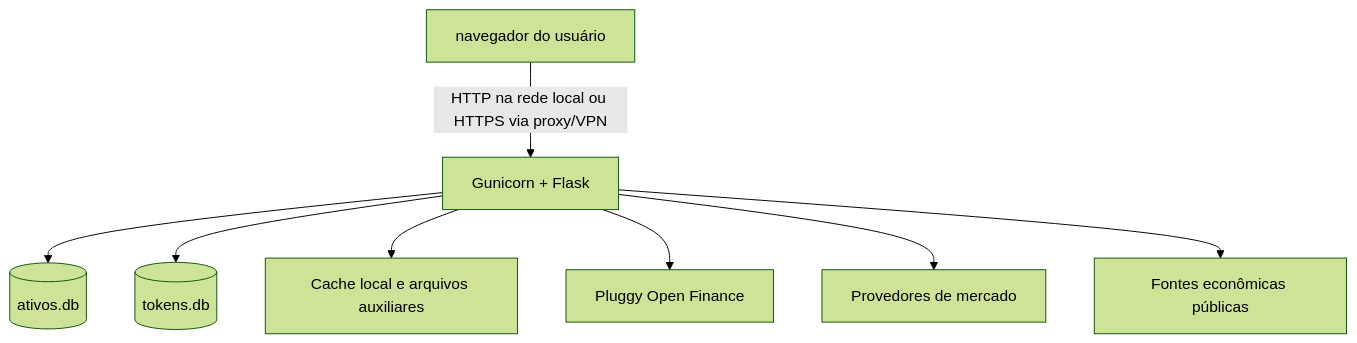
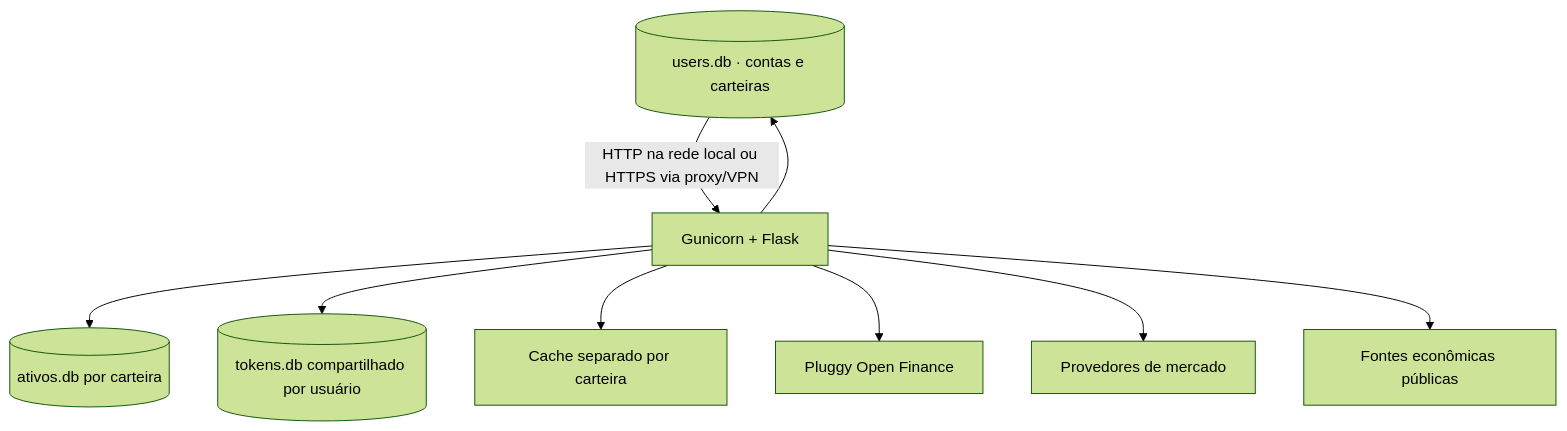
One commit to L0nker/lonely-wallet changed the diagram in README.md. Above: the diagram before and after it, drawn with Mermaid (forest theme). The commit also changed other lines of this file and 14 other files, not shown here.

````diff
--- a/README.md
+++ b/README.md
@@ -150,10 +166,11 @@
 ```mermaid
 flowchart TD
     U[ navegador do usuário ] -->|HTTP na rede local ou HTTPS via proxy/VPN| W[Gunicorn + Flask]
-    W --> A[(ativos.db)]
-    W --> T[(tokens.db)]
-    W --> C[Cache local e arquivos auxiliares]
+    W --> U[(users.db · contas e carteiras)]
+    W --> A[(ativos.db por carteira)]
+    W --> T[(tokens.db compartilhado por usuário)]
+    W --> C[Cache separado por carteira]
     W --> P[Pluggy Open Finance]
     W --> M[Provedores de mercado]
     W --> E[Fontes econômicas públicas]
 ```
````
